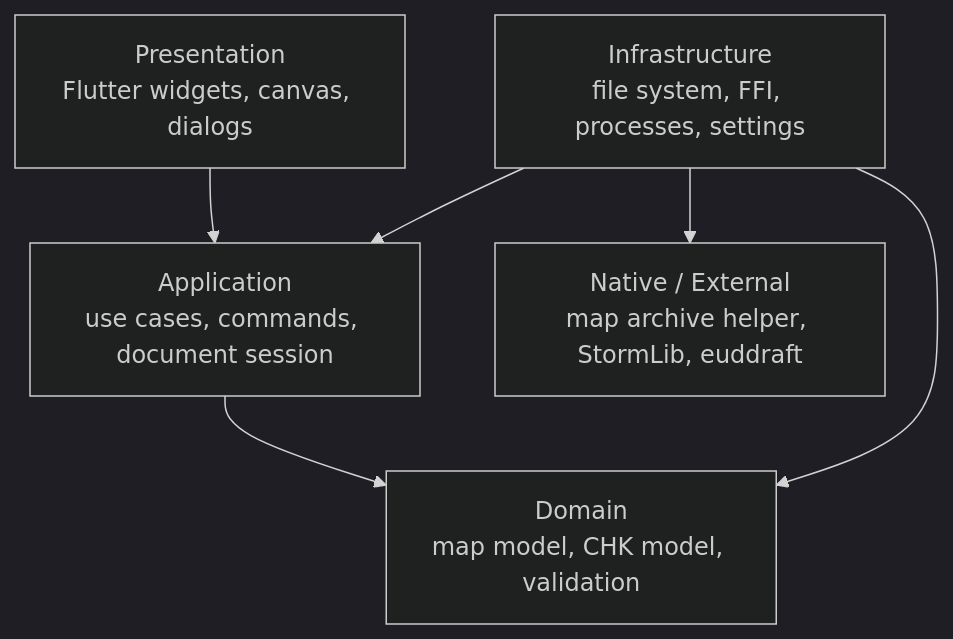
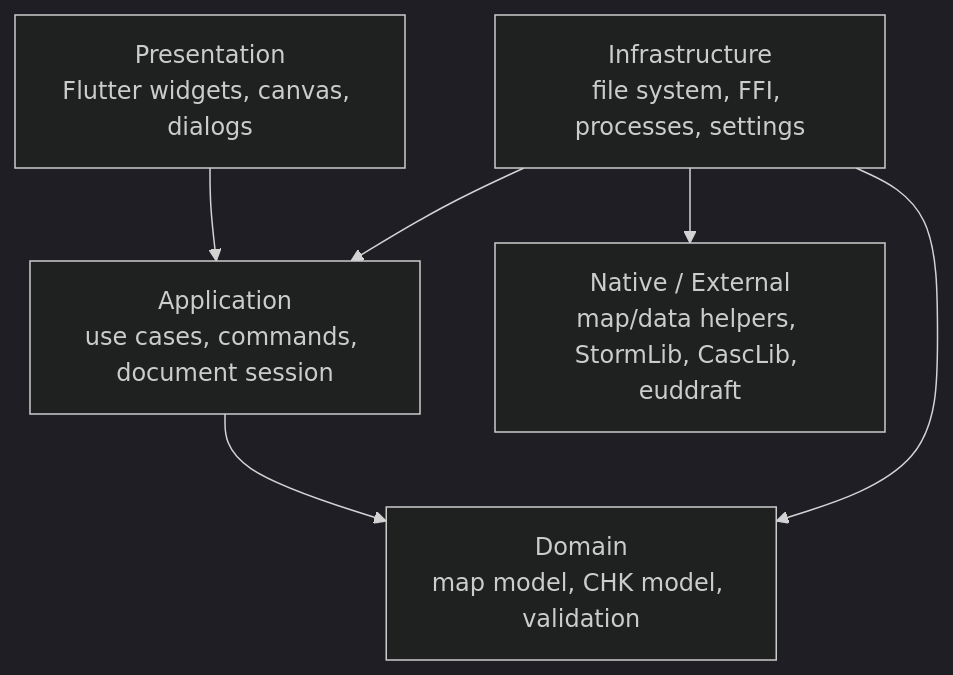
One commit to blackvrice/starcraft_map_editor changed the second of 4 diagrams in docs/ARCHITECTURE.md. Above: the diagram before and after it, drawn with Mermaid (dark theme). The commit also changed other lines of this file and 36 other files, not shown here.

Commit message:
feat: read StarCraft assets with CascLib

````diff
--- a/docs/ARCHITECTURE.md
+++ b/docs/ARCHITECTURE.md
@@ -35,14 +35,14 @@
 ```mermaid
 flowchart TB
     Presentation["Presentation\nFlutter widgets, canvas, dialogs"]
     Application["Application\nuse cases, commands, document session"]
     Domain["Domain\nmap model, CHK model, validation"]
     Infrastructure["Infrastructure\nfile system, FFI, processes, settings"]
-    Native["Native / External\nmap archive helper, StormLib, euddraft"]
+    Native["Native / External\nmap/data helpers, StormLib, CascLib, euddraft"]
 
     Presentation --> Application
     Application --> Domain
     Infrastructure --> Application
     Infrastructure --> Domain
     Infrastructure --> Native
 ```
````
